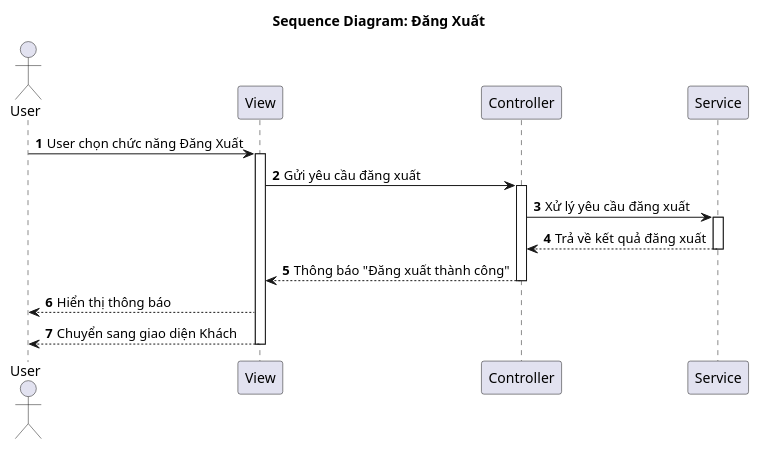
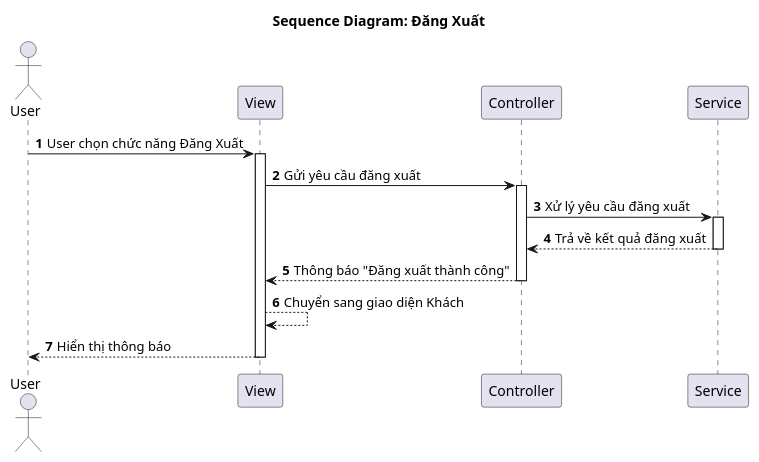
Before and after one commit to vinh047/soundwave: the diagram in Diagrams/SequenceDiagram/LogoutSD.plantuml, drawn with PlantUML. The commit also changed 4 other files, not shown here.

Commit message:
Đổi đường đi của Chuyển sang giao diện trong SD

```diff
--- a/Diagrams/SequenceDiagram/LogoutSD.plantuml
+++ b/Diagrams/SequenceDiagram/LogoutSD.plantuml
@@ -1,25 +1,25 @@
 @startuml SD
 
 actor "User" as User
 participant "View" as View
 participant "Controller" as Controller
 participant "Service" as Service
 
 title Sequence Diagram: Đăng Xuất
 
 autonumber
 
 User -> View: User chọn chức năng Đăng Xuất
 activate View
 View -> Controller: Gửi yêu cầu đăng xuất
 activate Controller
 Controller -> Service: Xử lý yêu cầu đăng xuất
 activate Service
 Service --> Controller: Trả về kết quả đăng xuất
 deactivate Service
 Controller --> View: Thông báo "Đăng xuất thành công"
 deactivate Controller
+View --> View: Chuyển sang giao diện Khách
 View --> User: Hiển thị thông báo
-View --> User: Chuyển sang giao diện Khách
 deactivate View
 @enduml
```
